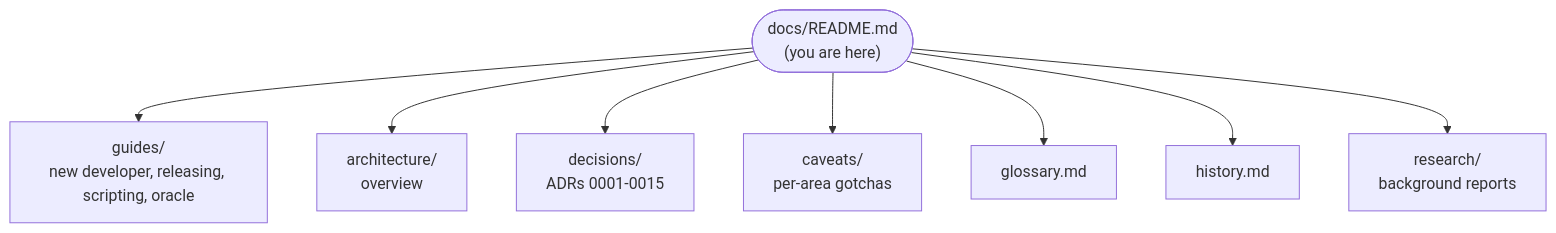
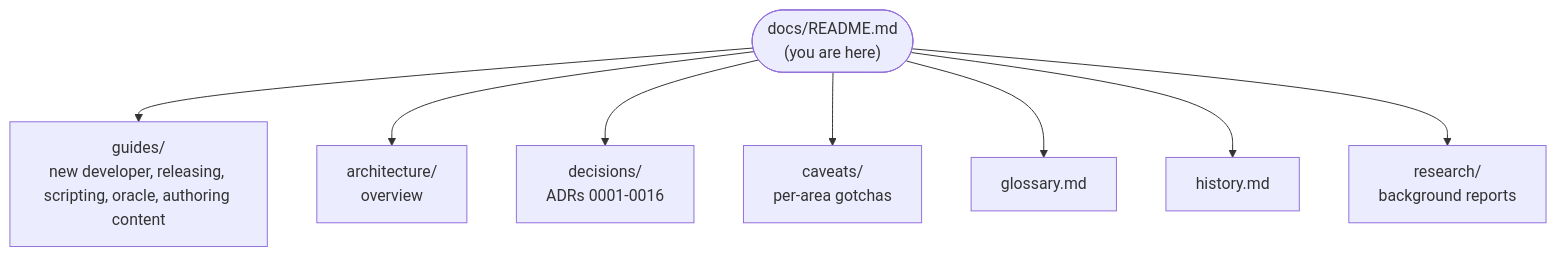
One commit to joebarbere/controls changed the diagram in docs/README.md. Above: the diagram before and after it, drawn with Mermaid. The commit also changed other lines of this file and 82 other files, not shown here.

````diff
--- a/docs/README.md
+++ b/docs/README.md
@@ -5,11 +5,11 @@
 ```mermaid
 flowchart TD
     HUB(["docs/README.md<br/>(you are here)"])
-    HUB --> G["guides/<br/>new developer, releasing, scripting, oracle"]
+    HUB --> G["guides/<br/>new developer, releasing, scripting, oracle, authoring content"]
     HUB --> A["architecture/<br/>overview"]
-    HUB --> D["decisions/<br/>ADRs 0001-0015"]
+    HUB --> D["decisions/<br/>ADRs 0001-0016"]
     HUB --> C["caveats/<br/>per-area gotchas"]
     HUB --> GL["glossary.md"]
     HUB --> H["history.md"]
     HUB --> R["research/<br/>background reports"]
 ```
````
